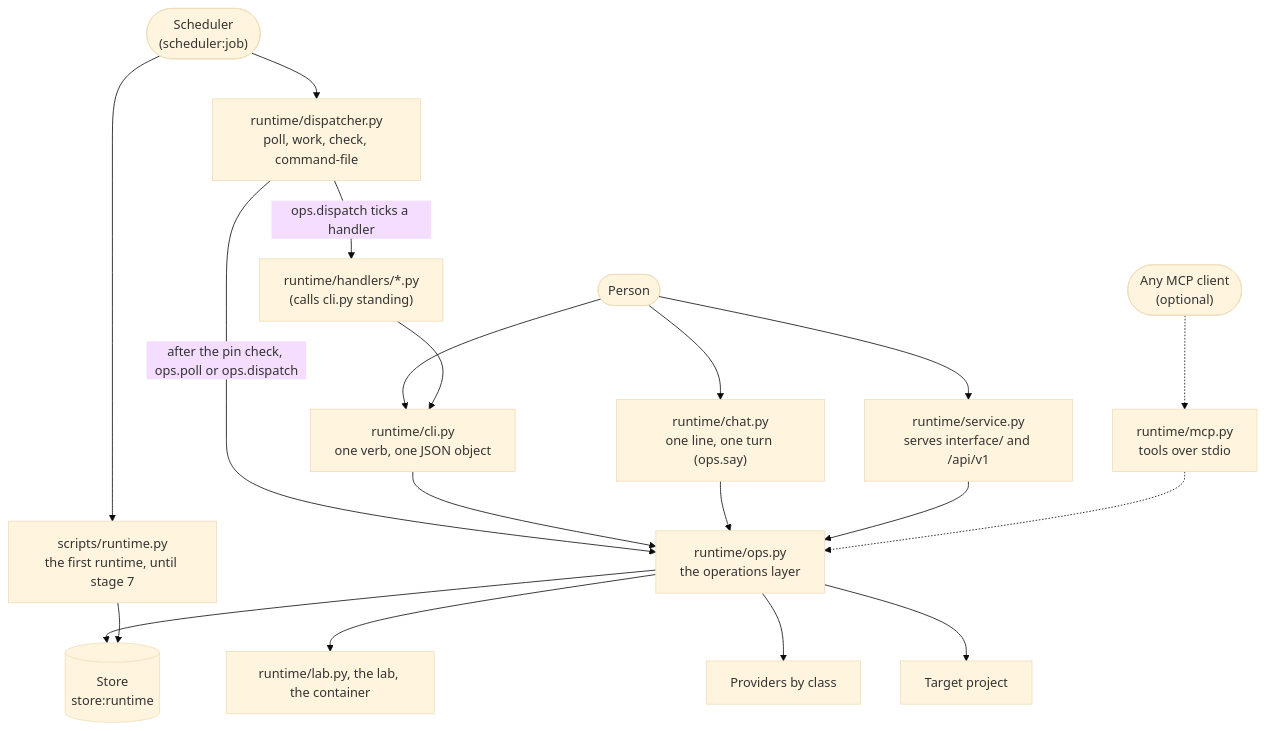
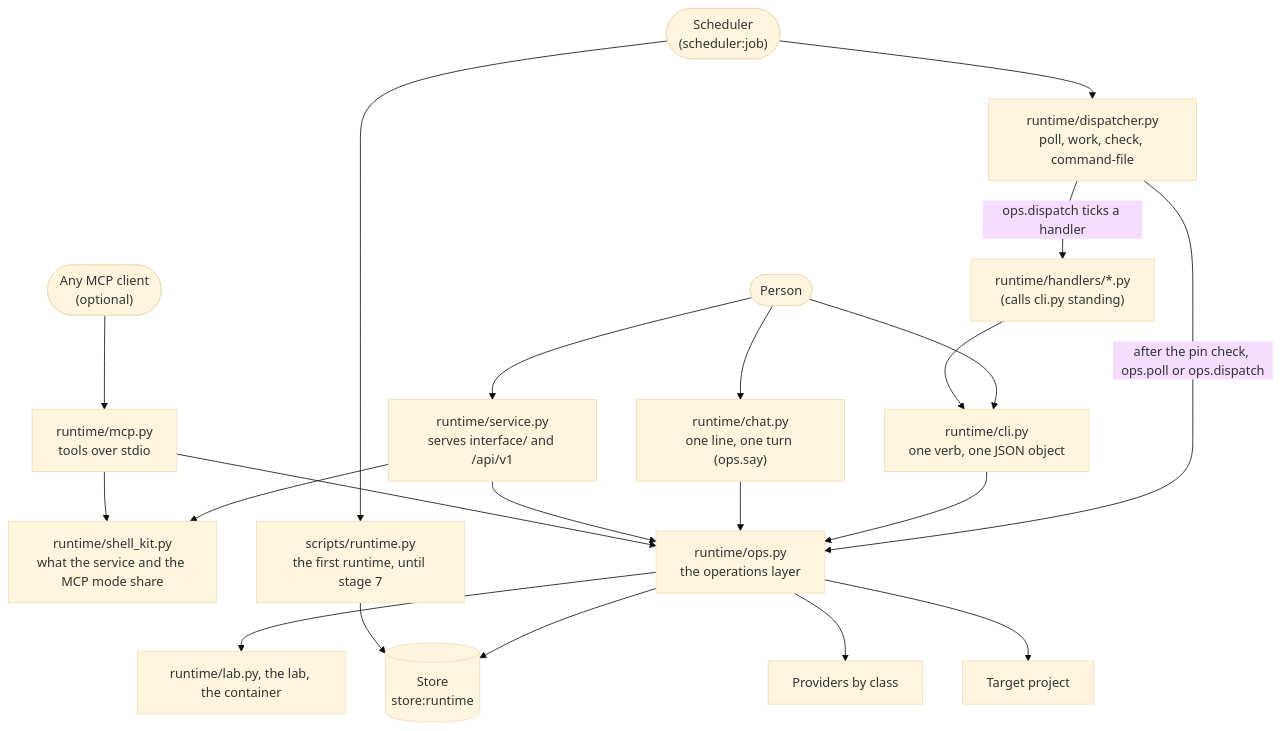
The diagram in docs/architecture/platform/shells.md (chrissgon/ai-workbench), drawn with Mermaid (base theme) before and after one commit. The commit also changed other lines of this file and 4 other files, not shown here.

First line of the commit message:
docs(architecture): the shells page follows the code of the four shells and the pages (WP-D.3)

````diff
--- a/docs/architecture/platform/shells.md
+++ b/docs/architecture/platform/shells.md
@@ -13,37 +13,40 @@
 ```mermaid
 flowchart TB
     P(["Person"])
     S(["Scheduler<br/>(scheduler:job)"])
     CLI["runtime/cli.py<br/>one verb, one JSON object"]
     CHAT["runtime/chat.py<br/>one line, one turn (ops.say)"]
     DISP["runtime/dispatcher.py<br/>poll, work, check, command-file"]
     H["runtime/handlers/*.py<br/>(calls cli.py standing)"]
     SVC["runtime/service.py<br/>serves interface/ and /api/v1"]
     MCP["runtime/mcp.py<br/>tools over stdio"]
+    KIT["runtime/shell_kit.py<br/>what the service and the MCP mode share"]
     C(["Any MCP client<br/>(optional)"])
     OPS["runtime/ops.py<br/>the operations layer"]
     ST[("Store<br/>store:runtime")]
     LAB["runtime/lab.py, the lab, the container"]
     PR["Providers by class"]
     PJ["Target project"]
     OLD["scripts/runtime.py<br/>the first runtime, until stage 7"]
 
     P --> CLI
     P --> CHAT
     P --> SVC
-    C -.-> MCP
+    C --> MCP
     S --> DISP
     S --> OLD
     DISP -->|"after the pin check, ops.poll or ops.dispatch"| OPS
     DISP -->|"ops.dispatch ticks a handler"| H
     H --> CLI
     CLI --> OPS
     CHAT --> OPS
     SVC --> OPS
-    MCP -.-> OPS
+    MCP --> OPS
+    SVC --> KIT
+    MCP --> KIT
     OPS --> ST
     OPS --> LAB
     OPS --> PR
     OPS --> PJ
     OLD --> ST
 ```
````
